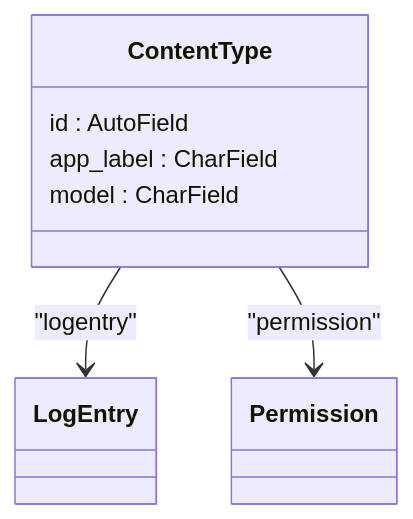
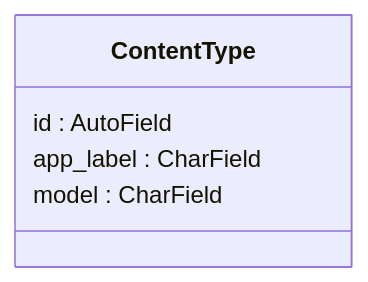
The diagram in store/mermaid_diagrams/contenttypes.mmd (poetrydeveloper/repo_store_days), drawn with Mermaid before and after one commit. The commit also changed 57 other files, not shown here.

````diff
--- a/store/mermaid_diagrams/contenttypes.mmd
+++ b/store/mermaid_diagrams/contenttypes.mmd
@@ -1,10 +1,6 @@
-```mermaid
 classDiagram
     class ContentType {
         id : AutoField
         app_label : CharField
         model : CharField
     }
-    ContentType --> LogEntry : "logentry"
-    ContentType --> Permission : "permission"
-```
````
